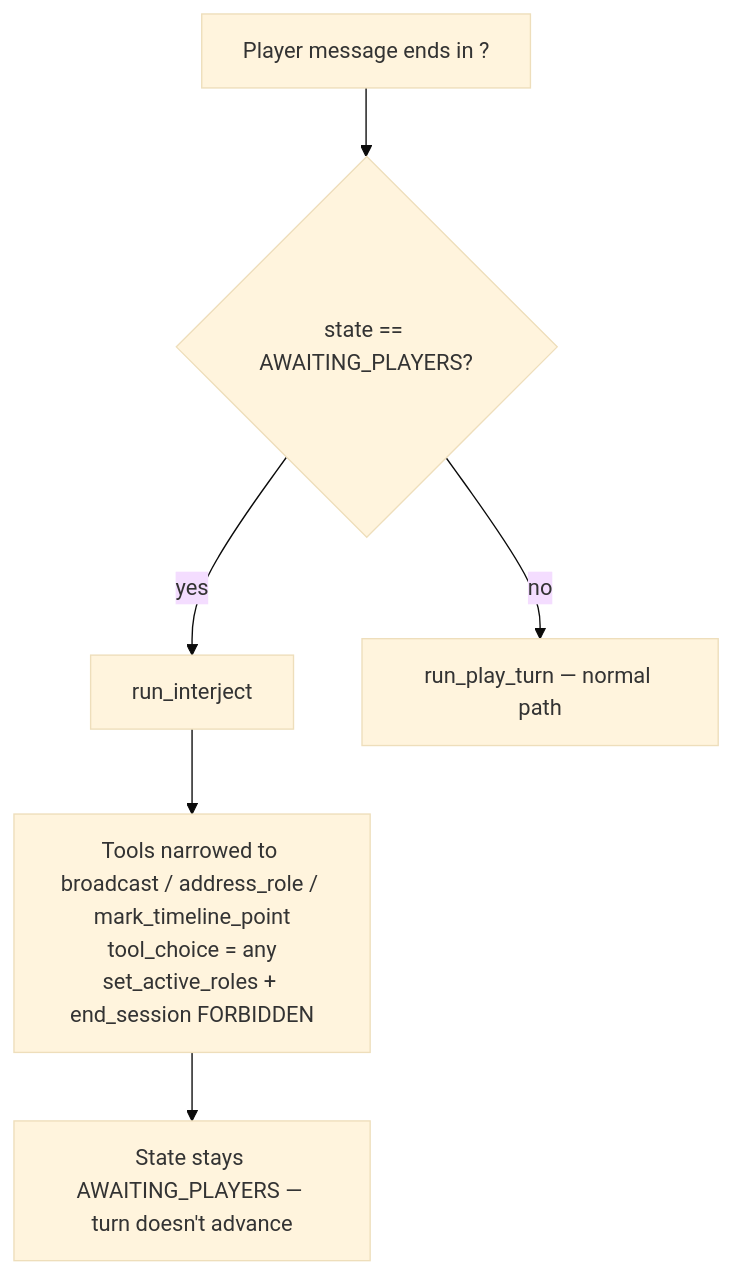
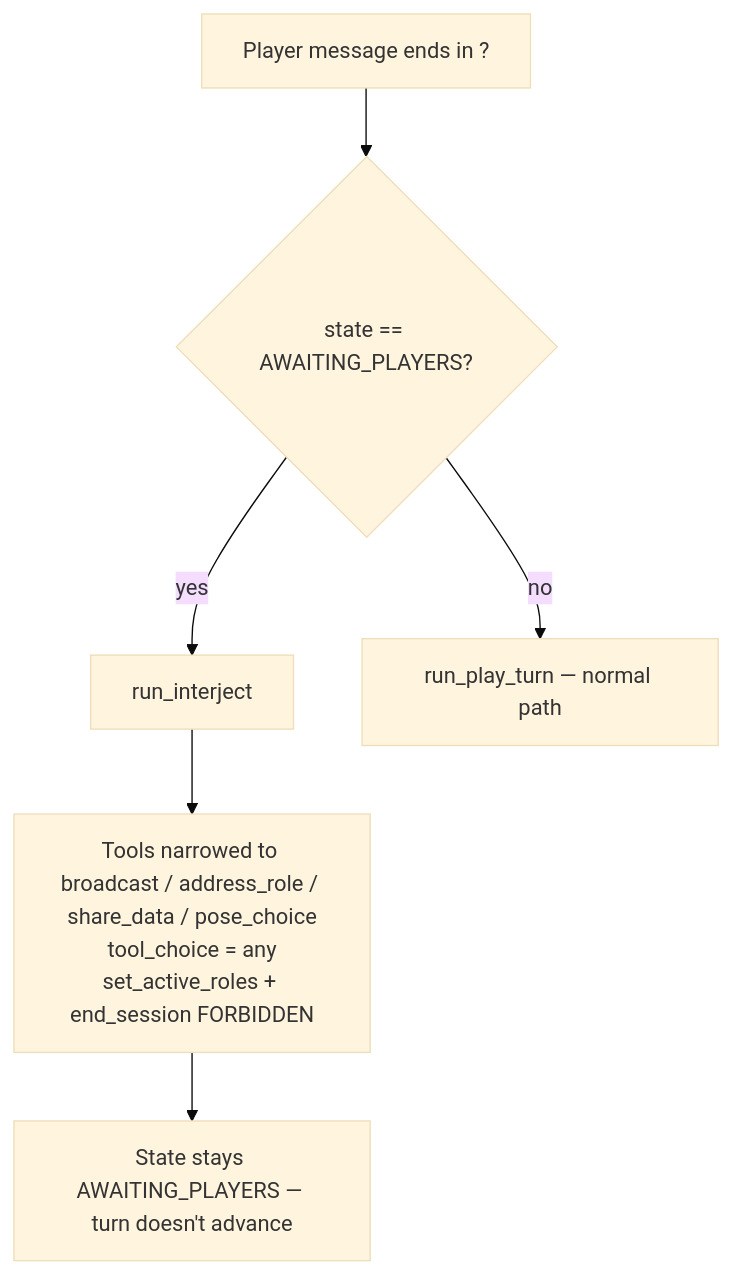
One commit to nebriv/Crittable changed diagram 13 of 13 in docs/turn-lifecycle.md. Above: the diagram before and after it, drawn with Mermaid (base theme). The commit also changed other lines of this file and 1 other file, not shown here.

First line of the commit message:
docs: fix stale tool palette references in turn-lifecycle.md

````diff
--- a/docs/turn-lifecycle.md
+++ b/docs/turn-lifecycle.md
@@ -590,8 +590,8 @@
 ```mermaid
 flowchart TD
     A[Player message ends in ?] --> B{state == AWAITING_PLAYERS?}
     B -- "yes" --> C[run_interject]
     B -- "no" --> D[run_play_turn — normal path]
-    C --> E[Tools narrowed to broadcast / address_role / mark_timeline_point<br/>tool_choice = any<br/>set_active_roles + end_session FORBIDDEN]
+    C --> E[Tools narrowed to broadcast / address_role / share_data / pose_choice<br/>tool_choice = any<br/>set_active_roles + end_session FORBIDDEN]
     E --> F[State stays AWAITING_PLAYERS — turn doesn't advance]
 ```
````
